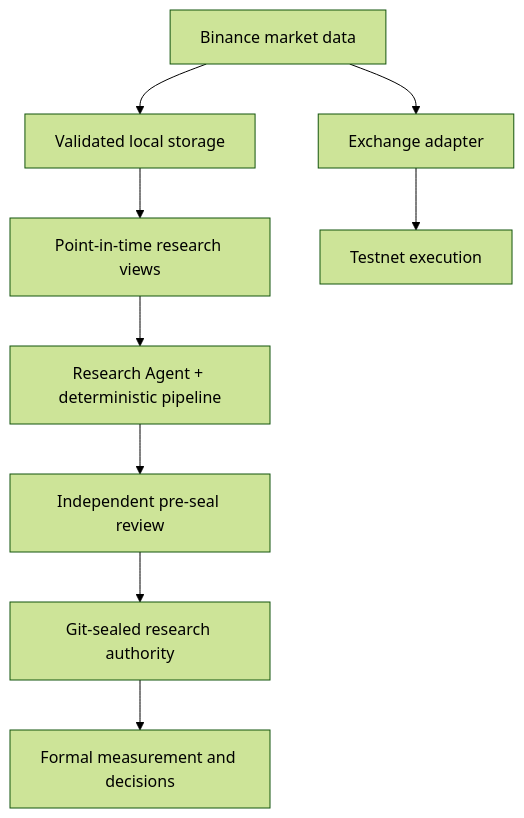
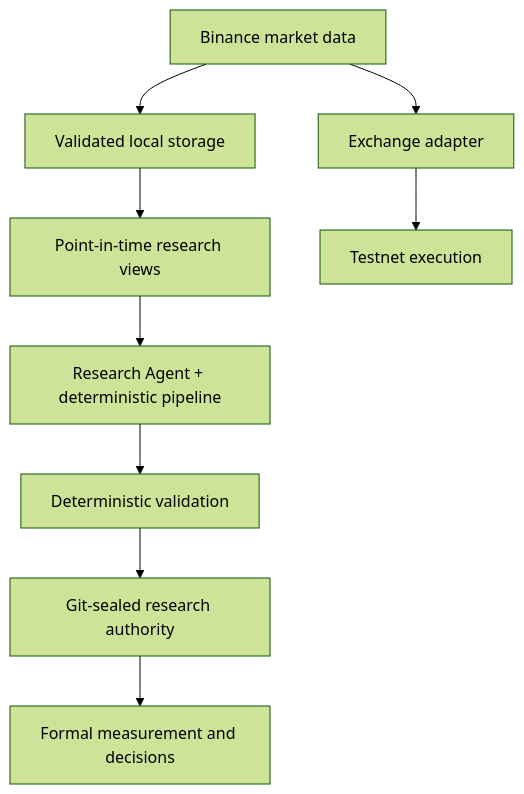
One commit to terrylu930119/crypto-research-platform changed the diagram in ARCHITECTURE.md. Above: the diagram before and after it, drawn with Mermaid (forest theme). The commit also changed other lines of this file and 7 other files, not shown here.

````diff
--- a/ARCHITECTURE.md
+++ b/ARCHITECTURE.md
@@ -7,12 +7,12 @@
 ```mermaid
 flowchart TD
     A[Binance market data] --> B[Validated local storage]
     B --> C[Point-in-time research views]
     C --> D[Research Agent + deterministic pipeline]
-    D --> E[Independent pre-seal review]
+    D --> E[Deterministic validation]
     E --> F[Git-sealed research authority]
     F --> G[Formal measurement and decisions]
 
     A --> H[Exchange adapter]
     H --> I[Testnet execution]
 ```
````
